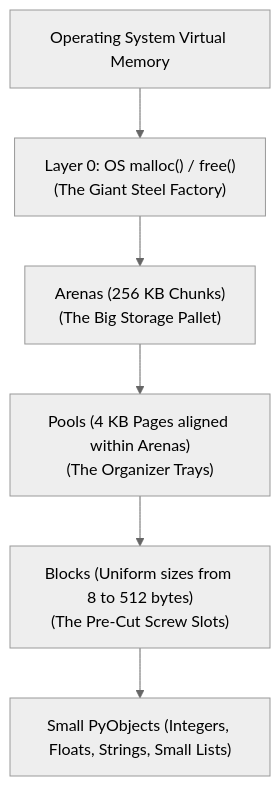
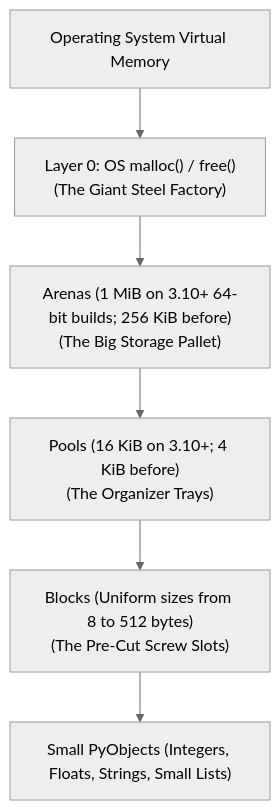
Before and after one commit to reddykarthikeya1/AI-Systems-Mastery: the first of 4 diagrams in 01-Python-Mastery/05-Memory-Management-GIL-Garbage-Collection.md, drawn with Mermaid (neutral theme). The commit also changed other lines of this file and 295 other files, not shown here.

````diff
--- a/01-Python-Mastery/05-Memory-Management-GIL-Garbage-Collection.md
+++ b/01-Python-Mastery/05-Memory-Management-GIL-Garbage-Collection.md
@@ -24,8 +24,8 @@
 ```mermaid
 flowchart TD
     OS["Operating System Virtual Memory"] --> Layer0["Layer 0: OS malloc() / free()<br>(The Giant Steel Factory)"]
-    Layer0 --> Arenas["Arenas (256 KB Chunks)<br>(The Big Storage Pallet)"]
-    Arenas --> Pools["Pools (4 KB Pages aligned within Arenas)<br>(The Organizer Trays)"]
+    Layer0 --> Arenas["Arenas (1 MiB on 3.10+ 64-bit builds; 256 KiB before)<br>(The Big Storage Pallet)"]
+    Arenas --> Pools["Pools (16 KiB on 3.10+; 4 KiB before)<br>(The Organizer Trays)"]
     Pools --> Blocks["Blocks (Uniform sizes from 8 to 512 bytes)<br>(The Pre-Cut Screw Slots)"]
     Blocks --> Objects["Small PyObjects (Integers, Floats, Strings, Small Lists)"]
 ```
````
